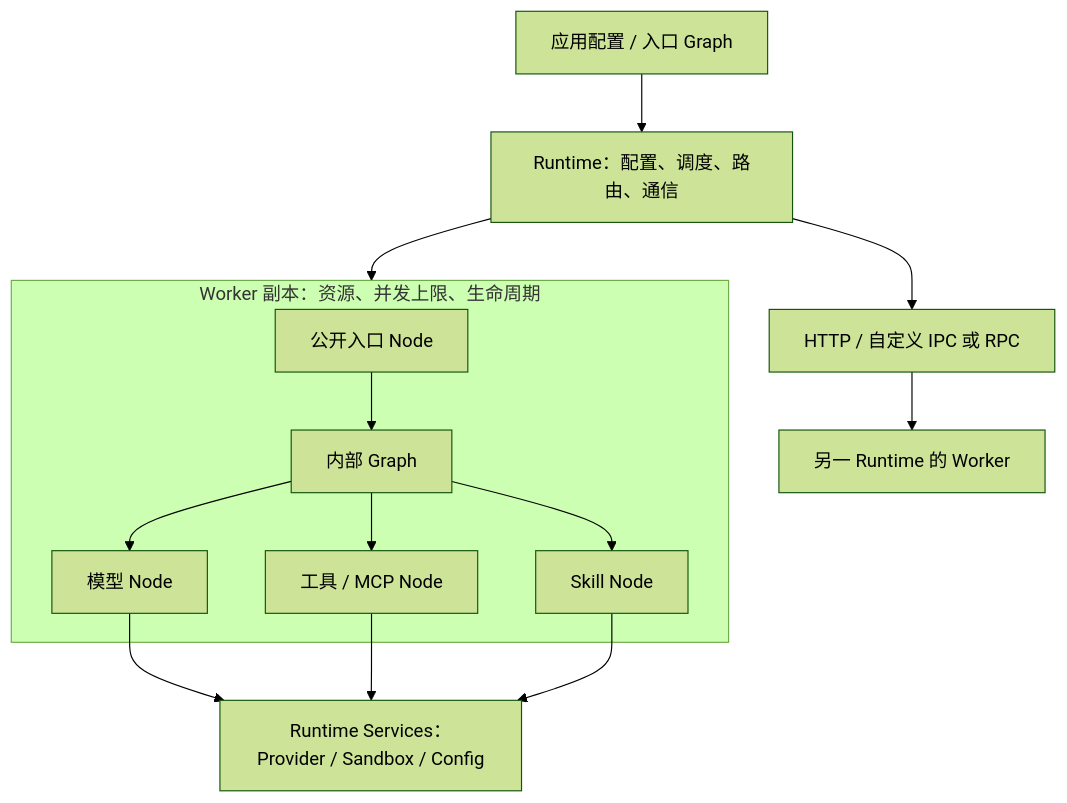
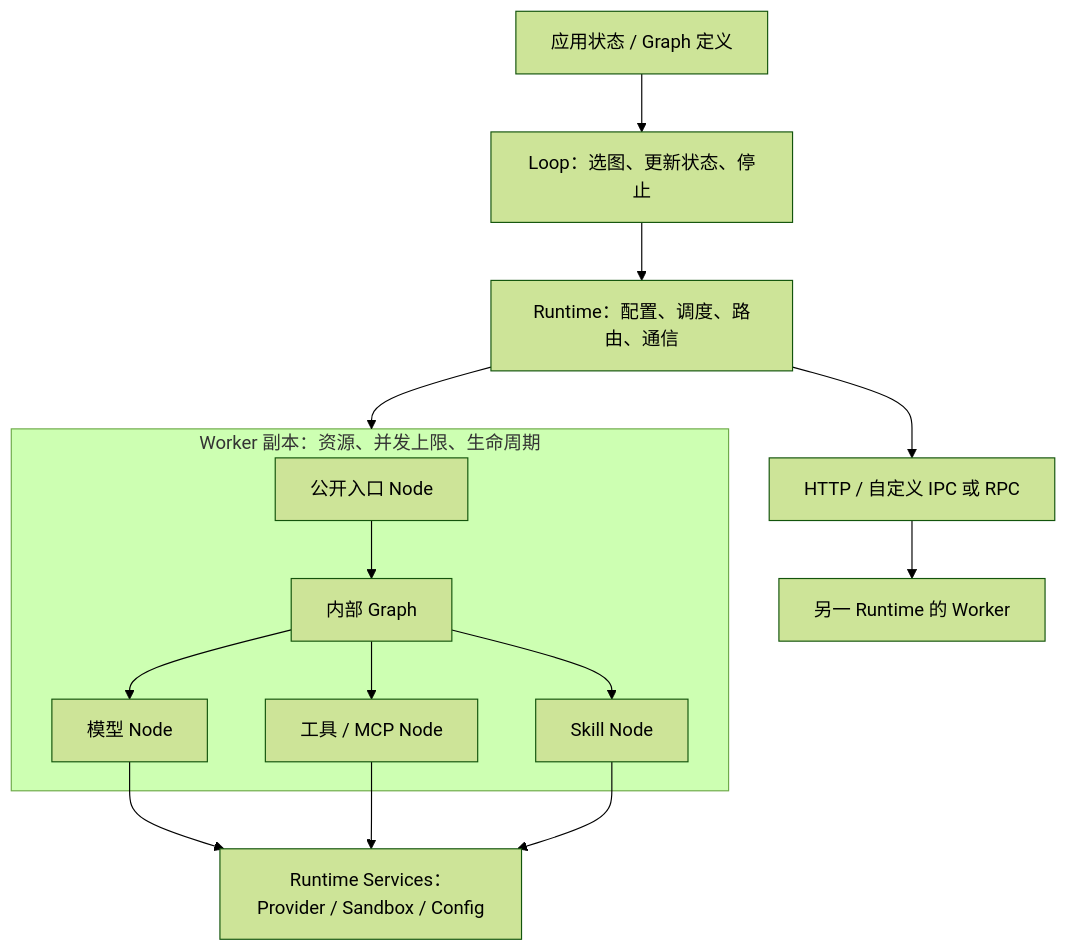
One commit to erwinmsmith/Ditto changed the diagram in docs/architecture.zh-CN.md. Above: the diagram before and after it, drawn with Mermaid (forest theme). The commit also changed other lines of this file and 23 other files, not shown here.

Commit message:
feat: run stateful loops across selectable graphs

````diff
--- a/docs/architecture.zh-CN.md
+++ b/docs/architecture.zh-CN.md
@@ -9,16 +9,17 @@
 ```mermaid
 flowchart TB
-  App[应用配置 / 入口 Graph] --> Runtime[Runtime：配置、调度、路由、通信]
+  App[应用状态 / Graph 定义] --> Loop[Loop：选图、更新状态、停止]
+  Loop --> Runtime[Runtime：配置、调度、路由、通信]
   Runtime --> A
   Runtime --> Transport[HTTP / 自定义 IPC 或 RPC]
   Transport --> B[另一 Runtime 的 Worker]
   subgraph A[Worker 副本：资源、并发上限、生命周期]
     Entry[公开入口 Node] --> G[内部 Graph]
     G --> Think[模型 Node]
     G --> Tool[工具 / MCP Node]
     G --> Skill[Skill Node]
   end
   Think --> Services[Runtime Services：Provider / Sandbox / Config]
   Tool --> Services
   Skill --> Services
 ```
````
